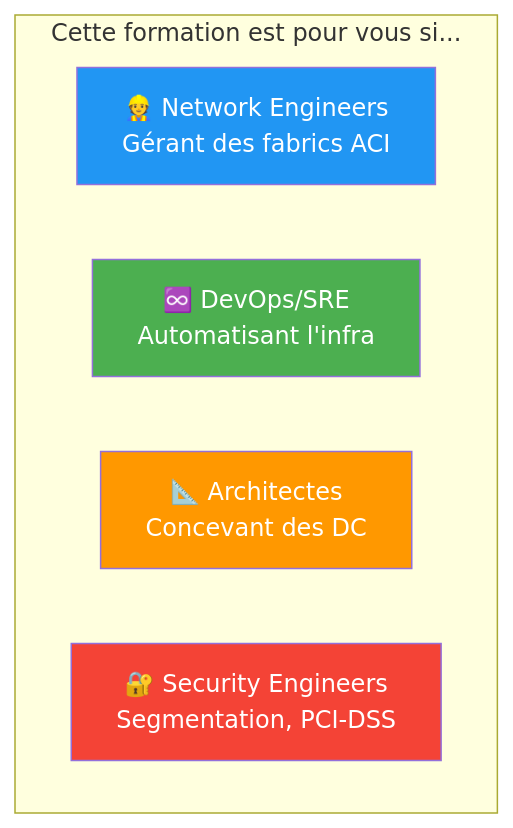
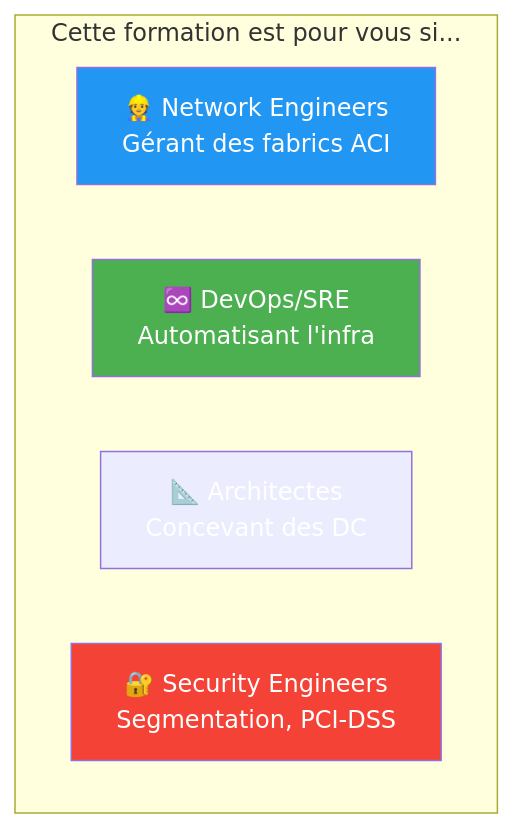
Before and after one commit to VBlackJack/ShellBook: the fourth of 5 diagrams in docs/formations/terraform-aci/index.md, drawn with Mermaid. The commit also changed other lines of this file and 337 other files, not shown here.

First line of the commit message:
refactor(docs): Standardize code blocks and Mermaid colors

````diff
--- a/docs/formations/terraform-aci/index.md
+++ b/docs/formations/terraform-aci/index.md
@@ -92,14 +92,14 @@
 ```mermaid
 graph TB
     subgraph "Cette formation est pour vous si..."
         NET["👷 Network Engineers<br/>Gérant des fabrics ACI"]
         DEVOPS["♾️ DevOps/SRE<br/>Automatisant l'infra"]
         ARCH["📐 Architectes<br/>Concevant des DC"]
         SEC["🔐 Security Engineers<br/>Segmentation, PCI-DSS"]
     end
 
     style NET fill:#2196f3,color:#fff
     style DEVOPS fill:#4caf50,color:#fff
-    style ARCH fill:#ff9800,color:#fff
+    style ARCH fill:#FF9800800800,color:#fff
     style SEC fill:#f44336,color:#fff
 ```
````
